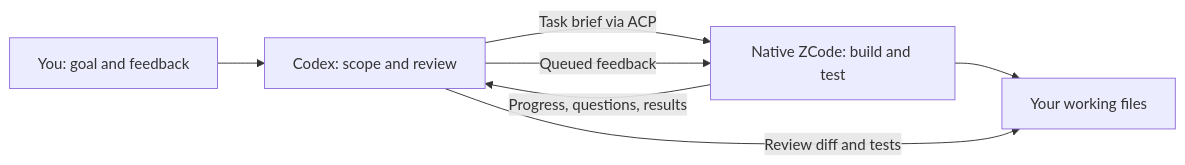
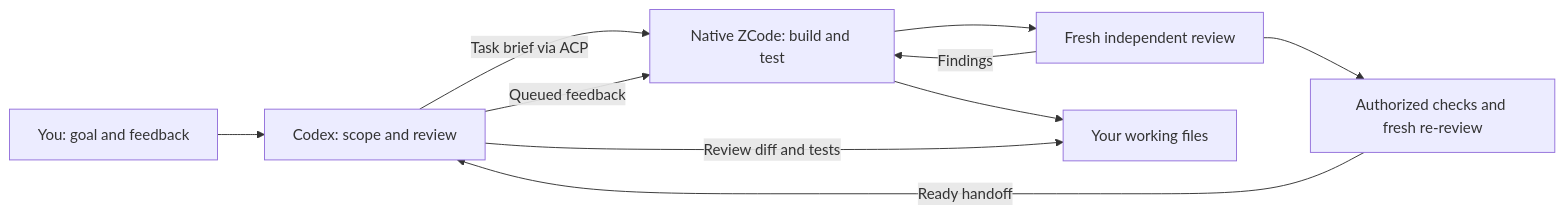
The diagram in README.md (linxiangpk1991/codex-zcode-tandem), drawn with Mermaid before and after one commit. The commit also changed other lines of this file and 42 other files, not shown here.

Commit message:
feat: make independent review, repair and verification the default handoff

````diff
--- a/README.md
+++ b/README.md
@@ -60,9 +62,12 @@
 ```mermaid
 flowchart LR
   U["You: goal and feedback"] --> C["Codex: scope and review"]
   C -->|"Task brief via ACP"| Z["Native ZCode: build and test"]
-  Z -->|"Progress, questions, results"| C
+  Z --> R["Fresh independent review"]
+  R -->|"Findings"| Z
+  R --> V["Authorized checks and fresh re-review"]
+  V -->|"Ready handoff"| C
   C -->|"Queued feedback"| Z
   Z --> F["Your working files"]
   C -->|"Review diff and tests"| F
 ```
````
